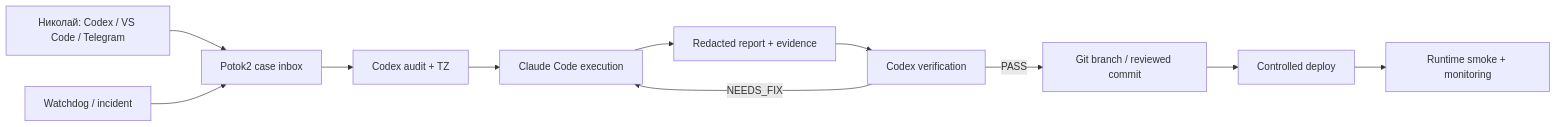
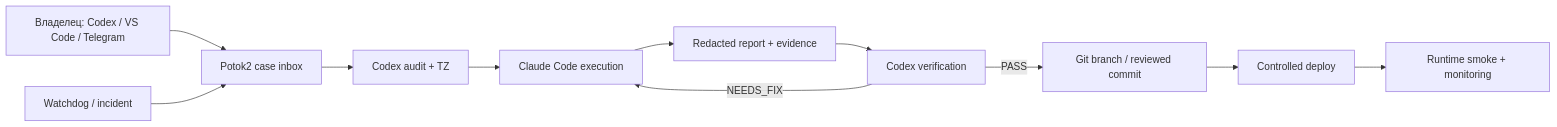
The diagram in docs/to-be.md (ukbashnia21/sites_my), drawn with Mermaid before and after one commit. The commit also changed other lines of this file and 12 other files, not shown here.

````diff
--- a/docs/to-be.md
+++ b/docs/to-be.md
@@ -25,13 +25,13 @@
 ```mermaid
 flowchart LR
-    N["Николай: Codex / VS Code / Telegram"] --> Q["Potok2 case inbox"]
+    N["Владелец: Codex / VS Code / Telegram"] --> Q["Potok2 case inbox"]
     W["Watchdog / incident"] --> Q
     Q --> A["Codex audit + TZ"]
     A --> C["Claude Code execution"]
     C --> R["Redacted report + evidence"]
     R --> V["Codex verification"]
     V -->|NEEDS_FIX| C
     V -->|PASS| G["Git branch / reviewed commit"]
     G --> D["Controlled deploy"]
     D --> S["Runtime smoke + monitoring"]
 ```
````
